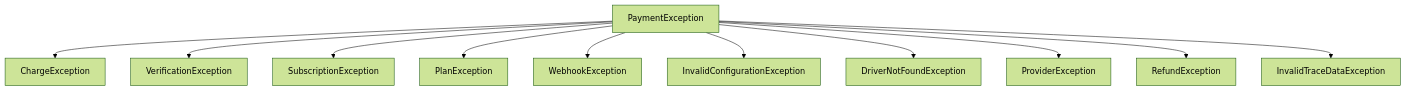
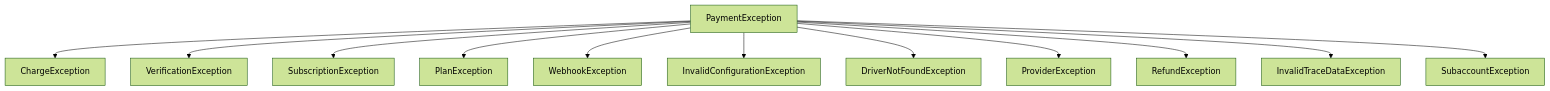
One commit to ken-de-nigerian/payzephyr changed the diagram in docs/error-handling.md. Above: the diagram before and after it, drawn with Mermaid (forest theme). The commit also changed other lines of this file and 25 other files, not shown here.

````diff
--- a/docs/error-handling.md
+++ b/docs/error-handling.md
@@ -9,13 +9,14 @@
 ```mermaid
 flowchart TD
     A[PaymentException] --> B[ChargeException]
     A --> C[VerificationException]
     A --> D[SubscriptionException]
     A --> E[PlanException]
     A --> F[WebhookException]
     A --> G[InvalidConfigurationException]
     A --> H[DriverNotFoundException]
     A --> I[ProviderException]
     A --> J[RefundException]
     A --> K[InvalidTraceDataException]
+    A --> L[SubaccountException]
 ```
````
